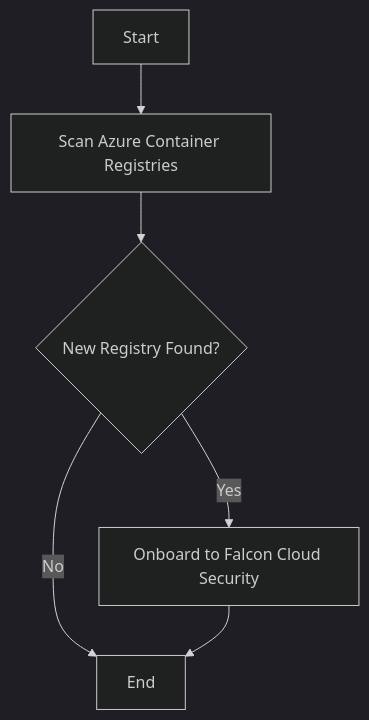
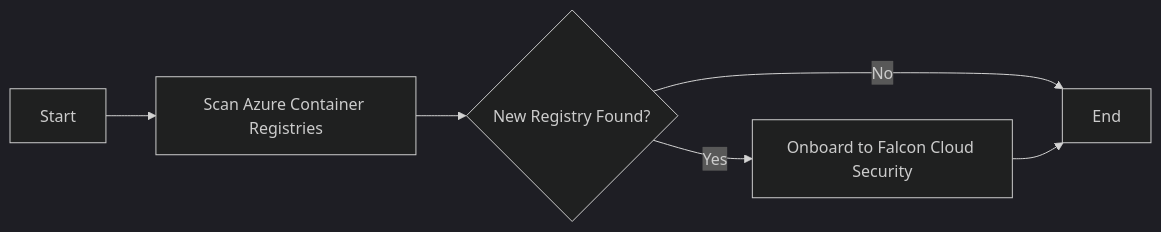
One commit to mikedzikowski/OnBoardAzureContainerRegistryApi changed the diagram in README.MD. Above: the diagram before and after it, drawn with Mermaid (dark theme). The commit also changed other lines of this file, not shown here.

Commit message:
mermaid lr

````diff
--- a/README.MD
+++ b/README.MD
@@ -5,8 +5,8 @@
 ```mermaid
-graph TD;
+graph LR;
     A[Start] --> B[Scan Azure Container Registries]
     B --> C{New Registry Found?}
     C -- Yes --> D[Onboard to Falcon Cloud Security]
     C -- No --> E[End]
     D --> E
 ```
````
